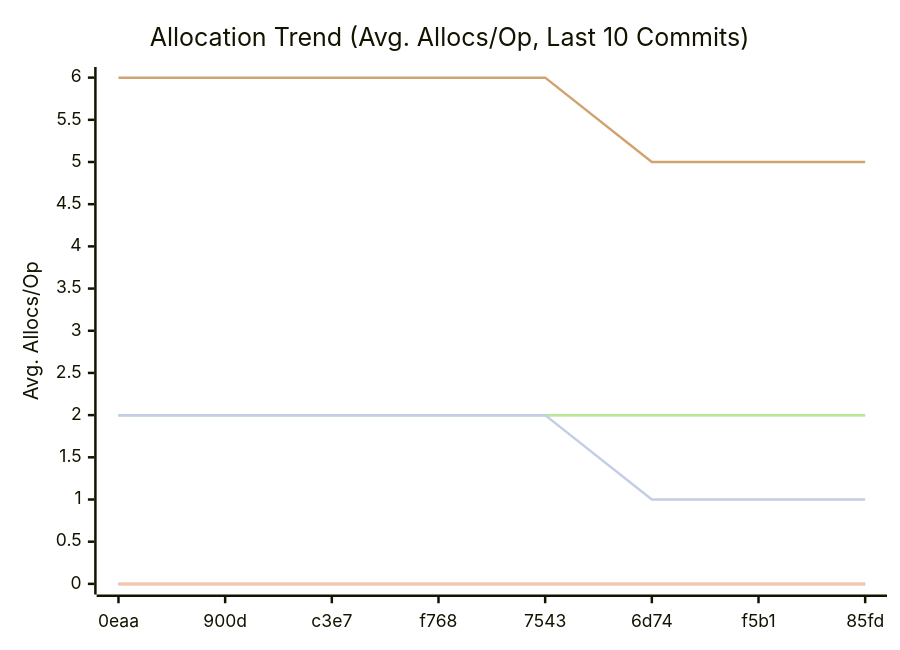
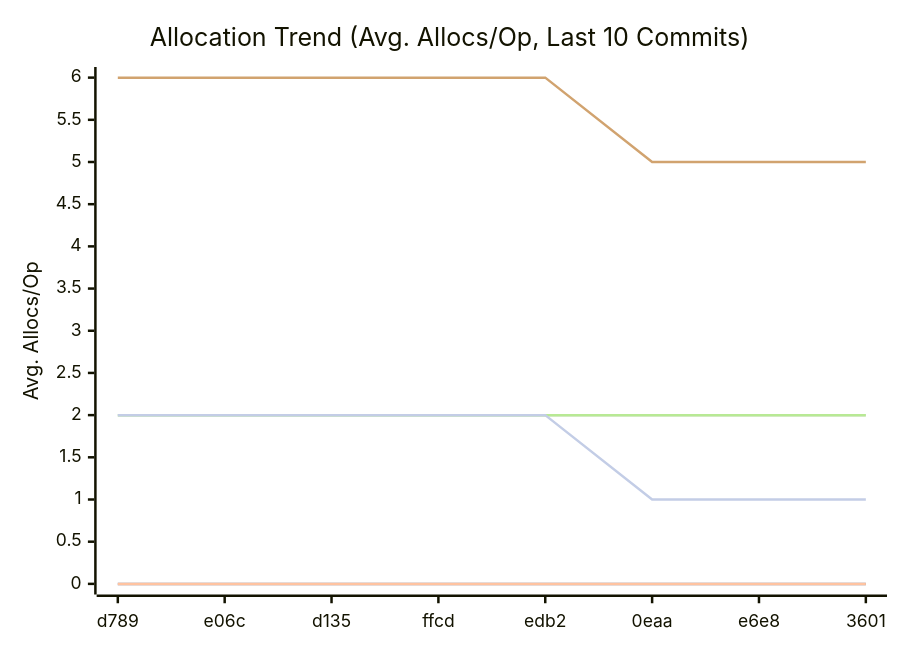
Before and after one commit to alsotoes/momo: the third of 3 diagrams in docs/README.md, drawn with Mermaid. The commit also changed other lines of this file and 9 other files, not shown here.

````diff
--- a/docs/README.md
+++ b/docs/README.md
@@ -333,14 +333,14 @@
 ```mermaid
 xychart-beta
     title "Allocation Trend (Avg. Allocs/Op, Last 10 Commits)"
     x-axis "Commit"
     y-axis "Avg. Allocs/Op"
-    x-axis [0eaa,900d,c3e7,f768,7543,6d74,f5b1,85fd]
+    x-axis [d789,e06c,d135,ffcd,edb2,0eaa,e6e8,3601]
     line "CheckMetricsAndSwap" [0,0,0,0,0,0,0,0,0,0]
     line "IndexDirectTracking" [0,0,0,0,0,0,0,0,0,0]
     line "IndexSearch" [0,0,0,0,0,0,0,0,0,0]
     line "LoadGlobalConfig" [2,2,2,2,2,2,2,2,2,2]
     line "PadString" [2,2,2,2,2,2,2,2,2,2]
     line "ParseReplicationOrder_NoPrealloc" [6,6,6,6,6,5,5,5,5,5]
     line "ParseReplicationOrder_Prealloc" [2,2,2,2,2,1,1,1,1,1]
 ```
````
